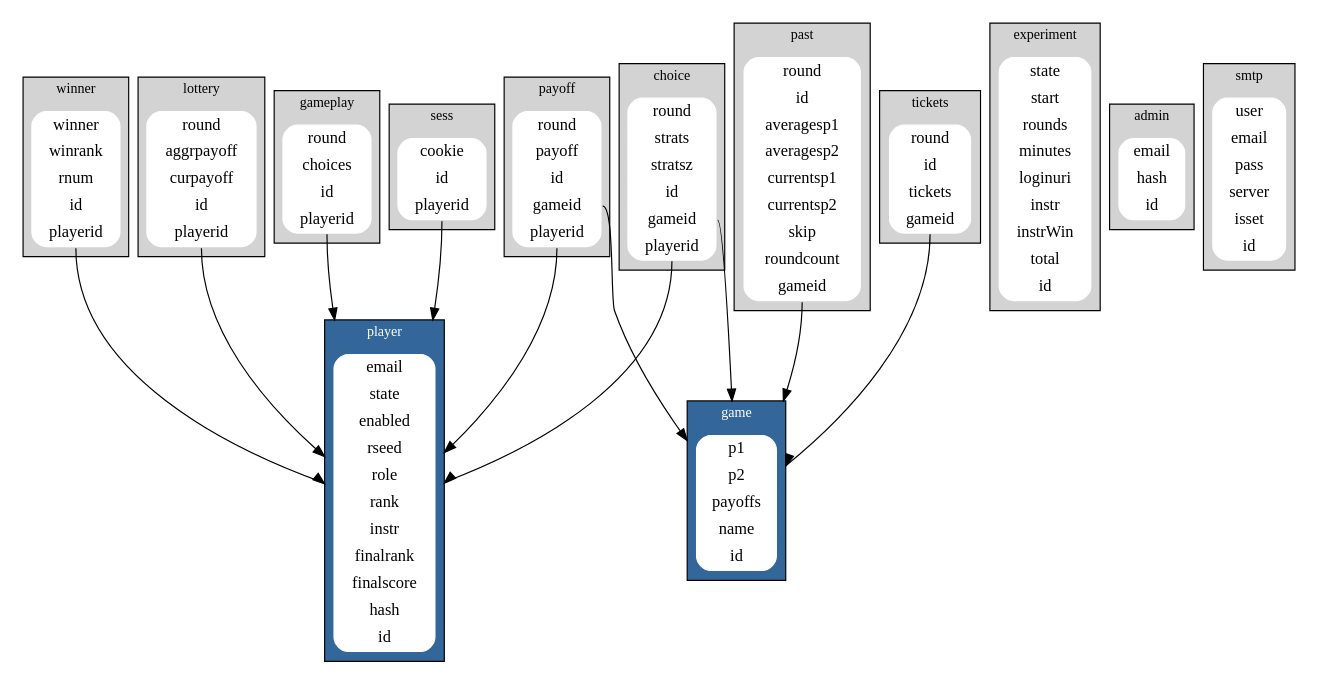
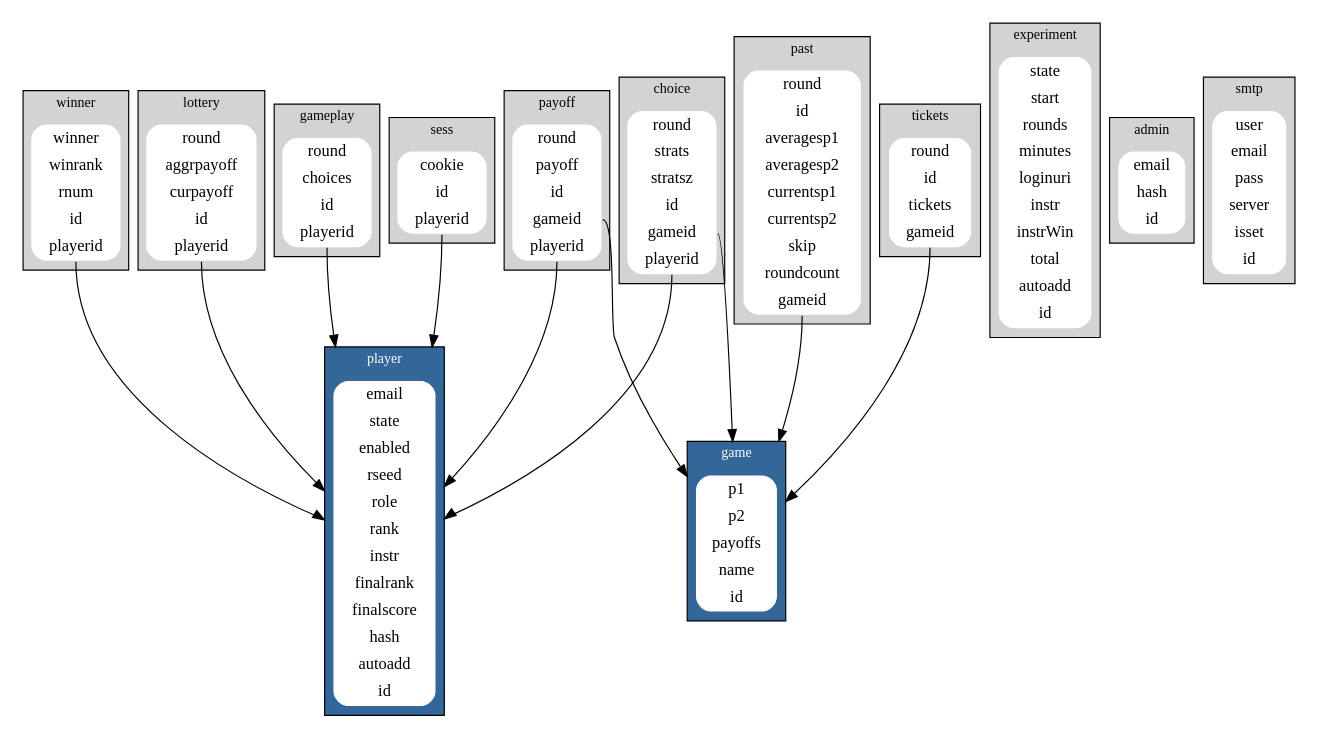
The diagram in gamelab.dot (kristapsdz/gamelab), drawn with Graphviz before and after one commit. The commit also changed 6 other files, not shown here.

```diff
--- a/gamelab.dot
+++ b/gamelab.dot
@@ -1,84 +1,84 @@
 digraph {
 	fontsize="12";
 	compound=true;
 	node [shape="record"];
 
 	subgraph cluster_winner {
 		winner [style="filled,rounded"; color="white"; label="{winner | winrank | rnum | id | <f0> playerid}"];
 		label="winner";
 		bgcolor="lightgray";
 	}
 	subgraph cluster_player {
-		player [style="filled,rounded"; color="white"; label="{email | state | enabled | rseed | role | rank | instr | finalrank | finalscore | hash | id}"];
+		player [style="filled,rounded"; color="white"; label="{email | state | enabled | rseed | role | rank | instr | finalrank | finalscore | hash | autoadd | id}"];
 		label="player";
 		fontcolor=white;
 		bgcolor="#336699";
 	}
 	subgraph cluster_lottery {
 		lottery [style="filled,rounded"; color="white"; label="{round | aggrpayoff | curpayoff | id | <f0> playerid}"];
 		label="lottery";
 		bgcolor="lightgray";
 	}
 	subgraph cluster_gameplay {
 		gameplay [style="filled,rounded"; color="white"; label="{round | choices | id | <f0>playerid}"];
 		label="gameplay";
 		bgcolor="lightgray";
 	}
 	subgraph cluster_payoff {
 		payoff [style="filled,rounded"; color="white"; label="{round | payoff | id | <f1> gameid | <f0>playerid}"];
 		label="payoff";
 		bgcolor="lightgray";
 	}
 	subgraph cluster_choice {
 		choice [style="filled,rounded"; color="white"; label="{round | strats | stratsz | id | <f1> gameid | <f0> playerid}"];
 		label="choice";
 		bgcolor="lightgray";
 	}
 	subgraph cluster_game {
 		game [style="filled,rounded"; color="white"; label="{p1 | p2 | payoffs | name | id}"];
 		label="game";
 		fontcolor=white;
 		bgcolor="#336699";
 	}
 	subgraph cluster_experiment {
-		experiment [style="filled,rounded"; color="white"; label="{state | start | rounds | minutes | loginuri | instr | instrWin | total | id}"];
+		experiment [style="filled,rounded"; color="white"; label="{state | start | rounds | minutes | loginuri | instr | instrWin | total | autoadd | id}"];
 		label="experiment";
 		bgcolor="lightgray";
 	}
 	subgraph cluster_sess {
 		sess [style="filled,rounded"; color="white"; label="{cookie | id | <f0> playerid}"];
 		label="sess";
 		bgcolor="lightgray";
 	}
 	subgraph cluster_admin {
 		admin [style="filled,rounded"; color="white"; label="{email | hash | id}"];
 		label="admin";
 		bgcolor="lightgray";
 	}
 	subgraph cluster_past {
 		past [style="filled,rounded"; color="white"; label="{round | id | averagesp1 | averagesp2 | currentsp1 | currentsp2 | skip | roundcount | <f1> gameid}"];
 		label="past";
 		bgcolor="lightgray";
 	}
 	subgraph cluster_tickets {
 		tickets [style="filled,rounded"; color="white"; label="{round | id | tickets | <f1> gameid}"];
 		label="tickets";
 		bgcolor="lightgray";
 	}
 	subgraph cluster_smtp {
 		smtp [style="filled,rounded"; color="white"; label="{user | email | pass | server | isset | id}"];
 		label="smtp";
 		bgcolor="lightgray";
 	}
 
 	winner:s:f0 -> player [lhead="cluster_player"];
 	lottery:s:f0 -> player [lhead="cluster_player"];
 	gameplay:s:f0 -> player [lhead="cluster_player"];
 	payoff:s:f0 -> player [lhead="cluster_player"];
 	payoff:f1 -> game [lhead="cluster_game"];
 	choice:s:f0 -> player [lhead="cluster_player"];
 	choice:f1 -> game [lhead="cluster_game"];
 	sess:s:f0 -> player [lhead="cluster_player"];
 	past:s:f1 -> game [lhead="cluster_game"];
 	tickets:s:f1 -> game [lhead="cluster_game"];
 }
```
